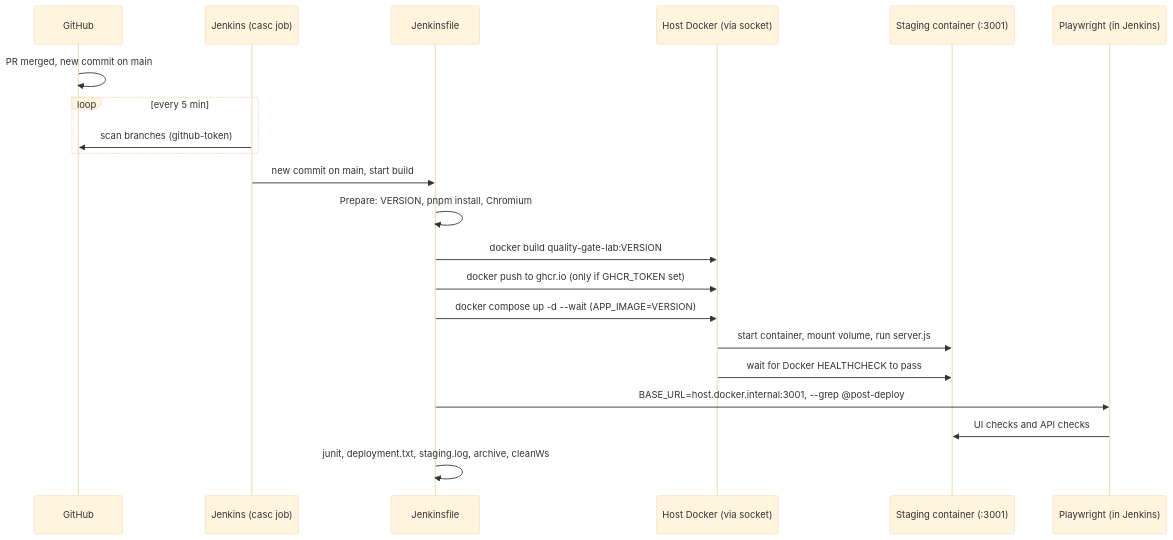
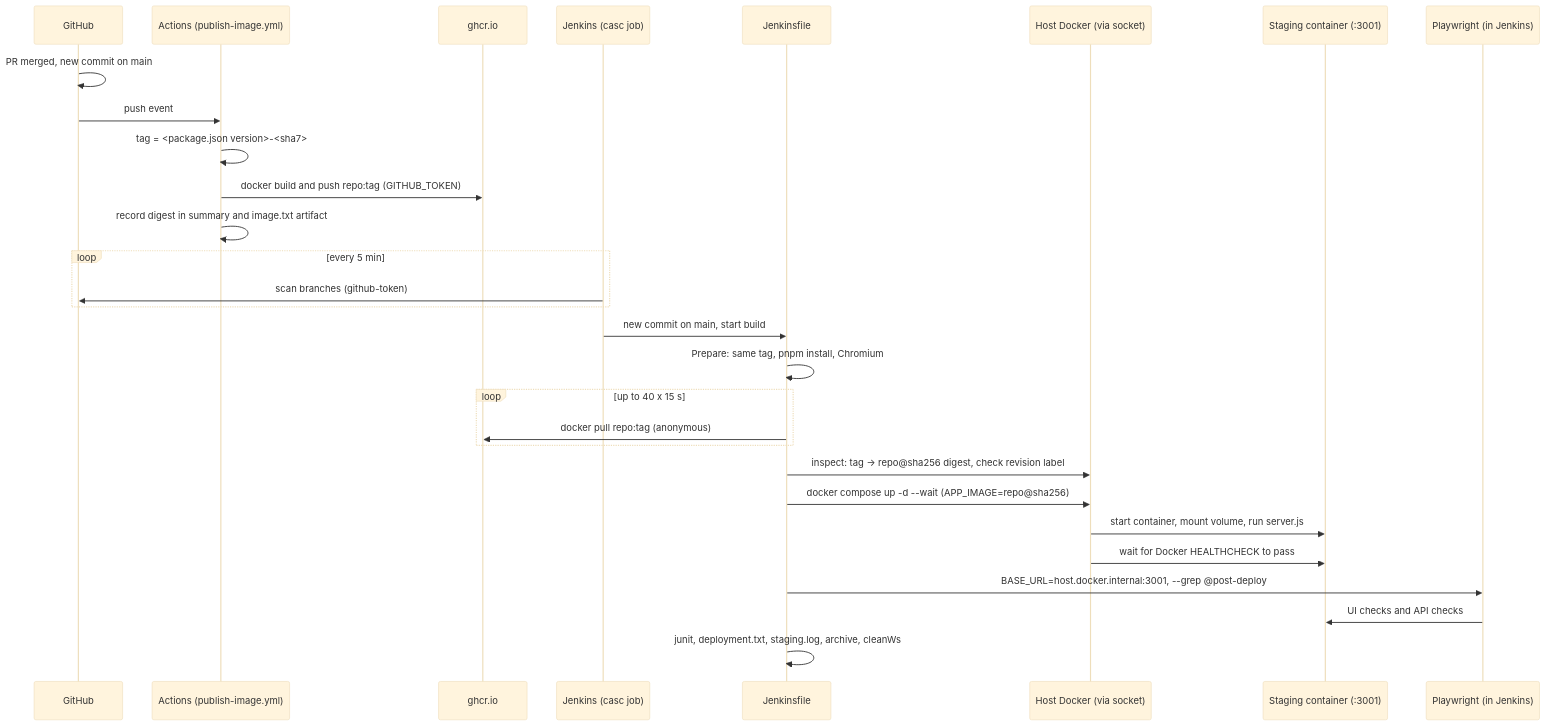
Before and after one commit to davidlescard/qg-post-merge-staging-jenkins: the diagram in VERBOSE.post-merge-staging.md, drawn with Mermaid (base theme). The commit also changed other lines of this file and 7 other files, not shown here.

Commit message:
workflow now includes publish to Github Container Registry

````diff
--- a/VERBOSE.post-merge-staging.md
+++ b/VERBOSE.post-merge-staging.md
@@ -7,24 +7,32 @@
 ```mermaid
 sequenceDiagram
     participant GH as GitHub
+    participant GA as Actions (publish-image.yml)
+    participant REG as ghcr.io
     participant JK as Jenkins (casc job)
     participant PL as Jenkinsfile
     participant DK as Host Docker (via socket)
     participant ST as Staging container (:3001)
     participant PW as Playwright (in Jenkins)
 
     GH->>GH: PR merged, new commit on main
+    GH->>GA: push event
+    GA->>GA: tag = <package.json version>-<sha7>
+    GA->>REG: docker build and push repo:tag (GITHUB_TOKEN)
+    GA->>GA: record digest in summary and image.txt artifact
     loop every 5 min
         JK->>GH: scan branches (github-token)
     end
     JK->>PL: new commit on main, start build
-    PL->>PL: Prepare: VERSION, pnpm install, Chromium
-    PL->>DK: docker build quality-gate-lab:VERSION
-    PL->>DK: docker push to ghcr.io (only if GHCR_TOKEN set)
-    PL->>DK: docker compose up -d --wait (APP_IMAGE=VERSION)
+    PL->>PL: Prepare: same tag, pnpm install, Chromium
+    loop up to 40 x 15 s
+        PL->>REG: docker pull repo:tag (anonymous)
+    end
+    PL->>DK: inspect: tag -> repo@sha256 digest, check revision label
+    PL->>DK: docker compose up -d --wait (APP_IMAGE=repo@sha256)
     DK->>ST: start container, mount volume, run server.js
     DK->>ST: wait for Docker HEALTHCHECK to pass
     PL->>PW: BASE_URL=host.docker.internal:3001, --grep @post-deploy
     PW->>ST: UI checks and API checks
     PL->>PL: junit, deployment.txt, staging.log, archive, cleanWs
 ```
````
